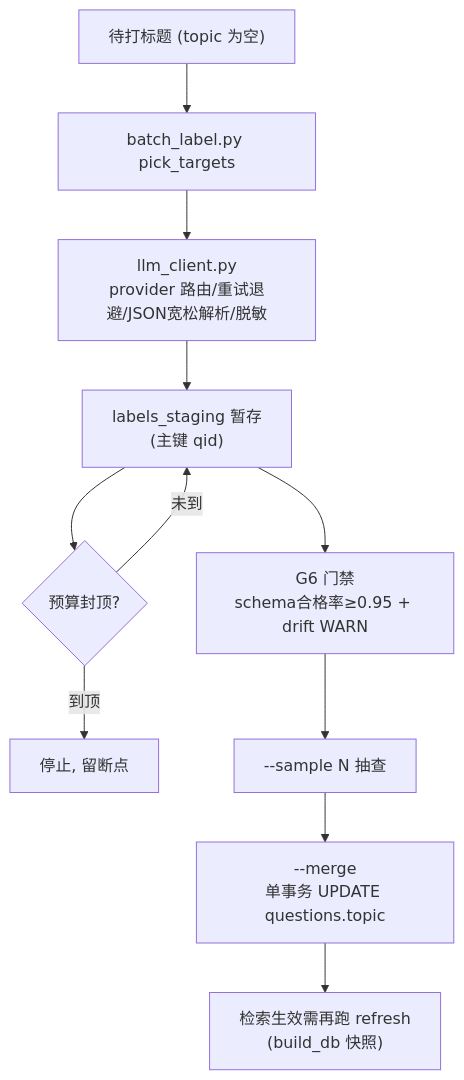
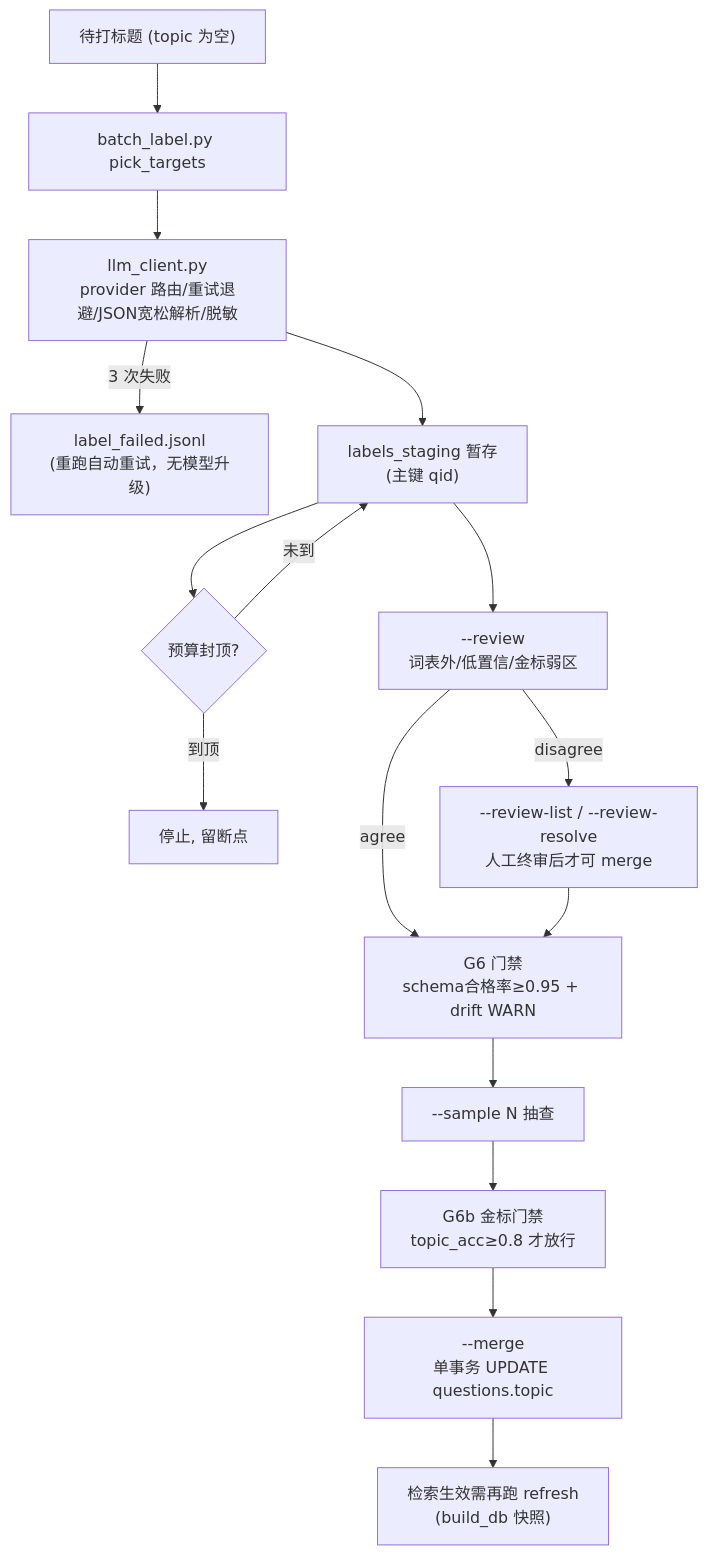
One commit to libai4hao/mianjing-kb changed the eighth of 10 diagrams in docs/19-功能流程图.md. Above: the diagram before and after it, drawn with Mermaid. The commit also changed other lines of this file and 2 other files, not shown here.

Commit message:
docs: 方案复核（金标/失败降级/去重/聚类/参数化），并修正流程图与部署口径
- 新增 docs/23-方案复核-2026-11-19.md：六项复核结论 + 证据 + 缺口，附 P0/P1 建议
- docs/19 §8：金标/复核已落地（原写'未实现'），补失败分支与'模型升级链仍缺'
- README：部署口径改指 06-R3（原链接文件名用连字符，实际是下划线，还是 R2 历史稿）

````diff
--- a/docs/19-功能流程图.md
+++ b/docs/19-功能流程图.md
@@ -180,13 +180,18 @@
 ```mermaid
 flowchart TD
     A["待打标题 (topic 为空)"] --> B["batch_label.py pick_targets"]
     B --> C["llm_client.py<br/>provider 路由/重试退避/JSON宽松解析/脱敏"]
+    C -->|"3 次失败"| C2["label_failed.jsonl<br/>(重跑自动重试，无模型升级)"]
     C --> D["labels_staging 暂存<br/>(主键 qid)"]
     D --> E{"预算封顶?"}
     E -->|到顶| F["停止, 留断点"]
     E -->|未到| D
-    D --> G["G6 门禁<br/>schema合格率≥0.95 + drift WARN"]
+    D --> R["--review<br/>词表外/低置信/金标弱区"]
+    R -->|disagree| V["--review-list / --review-resolve<br/>人工终审后才可 merge"]
+    R -->|agree| G
+    V --> G["G6 门禁<br/>schema合格率≥0.95 + drift WARN"]
     G --> H["--sample N 抽查"]
-    H --> I["--merge<br/>单事务 UPDATE questions.topic"]
+    H --> GB["G6b 金标门禁<br/>topic_acc≥0.8 才放行"]
+    GB --> I["--merge<br/>单事务 UPDATE questions.topic"]
     I --> J["检索生效需再跑 refresh<br/>(build_db 快照)"]
 ```
````
